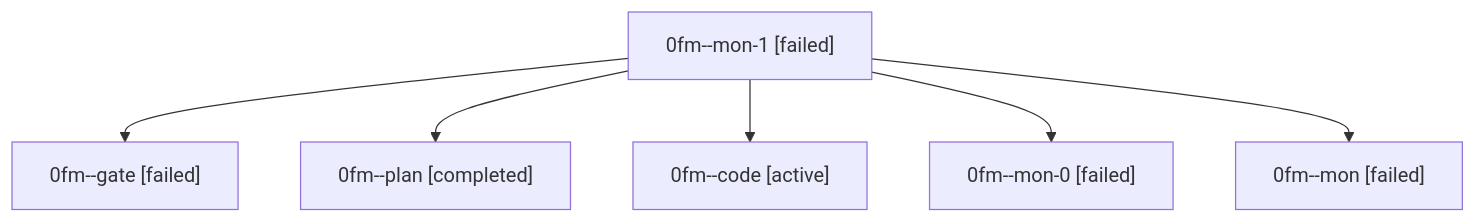
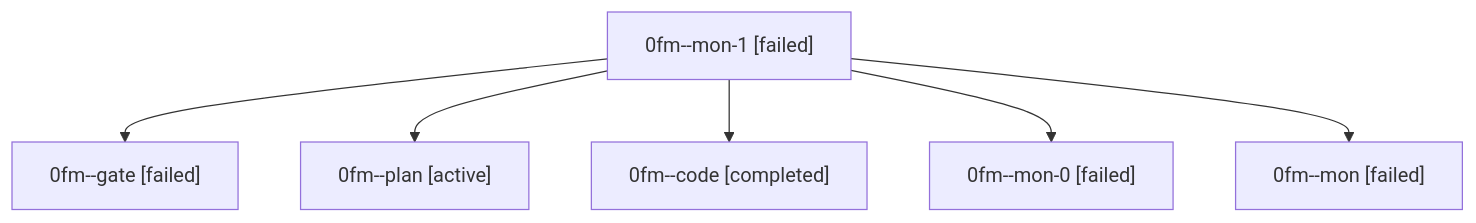
The diagram in families/bbugyi200.athena.0fm.md (sase-org/sase--agents), drawn with Mermaid before and after one commit. The commit also changed other lines of this file and 35830 other files, not shown here.

````diff
--- a/families/bbugyi200.athena.0fm.md
+++ b/families/bbugyi200.athena.0fm.md
@@ -9,14 +9,14 @@
 ```mermaid
 flowchart TD
   n0["0fm--mon-1 [failed]"]
   n1["0fm--gate [failed]"]
   n0 --> n1
-  n2["0fm--plan [completed]"]
+  n2["0fm--plan [active]"]
   n0 --> n2
-  n3["0fm--code [active]"]
+  n3["0fm--code [completed]"]
   n0 --> n3
   n4["0fm--mon-0 [failed]"]
   n0 --> n4
   n5["0fm--mon [failed]"]
   n0 --> n5
 ```
````
